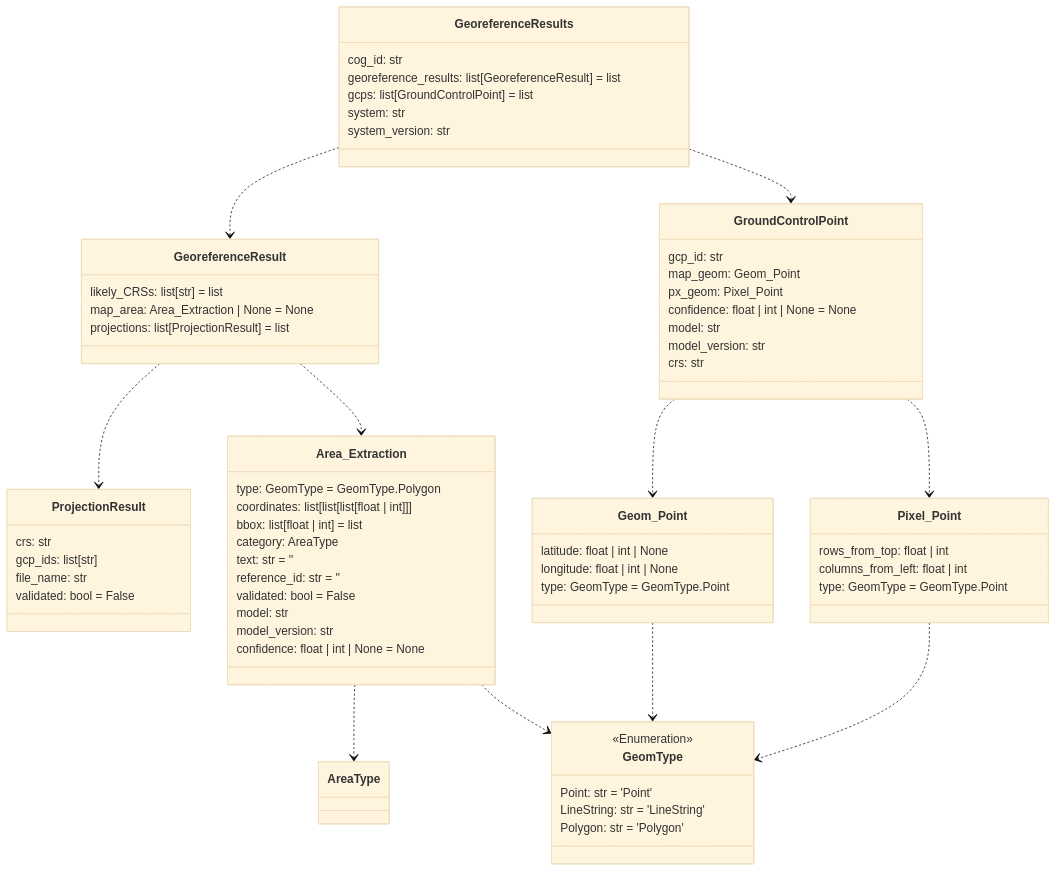
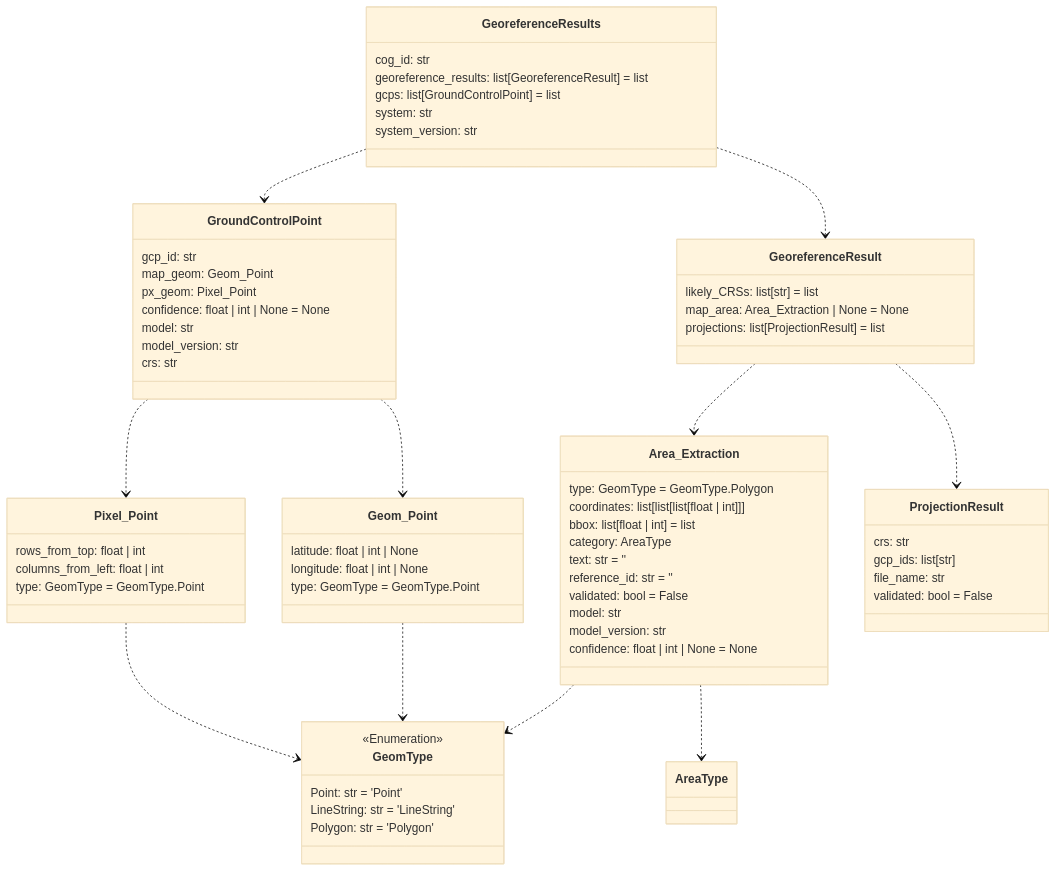
Before and after one commit to DARPA-CRITICALMAAS/cdr_schemas: the second of 14 diagrams in README.md, drawn with Mermaid (base theme). The commit also changed other lines of this file and 1 other file, not shown here.

````diff
--- a/README.md
+++ b/README.md
@@ -117,79 +117,79 @@
 ```mermaid
 classDiagram
 
-    class GeoreferenceResult {
-        likely_CRSs: list[str] = list
-        map_area: Area_Extraction | None = None
-        projections: list[ProjectionResult] = list
-    }
-
-    class GeoreferenceResults {
-        cog_id: str
-        georeference_results: list[GeoreferenceResult] = list
-        gcps: list[GroundControlPoint] = list
-        system: str
-        system_version: str
+    class Area_Extraction {
+        type: GeomType = GeomType.Polygon
+        coordinates: list[list[list[float | int]]]
+        bbox: list[float | int] = list
+        category: AreaType
+        text: str = ''
+        reference_id: str = ''
+        validated: bool = False
+        model: str
+        model_version: str
+        confidence: float | int | None = None
     }
 
     class GroundControlPoint {
         gcp_id: str
         map_geom: Geom_Point
         px_geom: Pixel_Point
         confidence: float | int | None = None
         model: str
         model_version: str
         crs: str
+    }
+
+    class Pixel_Point {
+        rows_from_top: float | int
+        columns_from_left: float | int
+        type: GeomType = GeomType.Point
+    }
+
+    class GeoreferenceResult {
+        likely_CRSs: list[str] = list
+        map_area: Area_Extraction | None = None
+        projections: list[ProjectionResult] = list
+    }
+
+    class Geom_Point {
+        latitude: float | int | None
+        longitude: float | int | None
+        type: GeomType = GeomType.Point
     }
 
     class ProjectionResult {
         crs: str
         gcp_ids: list[str]
         file_name: str
         validated: bool = False
     }
 
     class GeomType {
         <<Enumeration>>
         Point: str = 'Point'
         LineString: str = 'LineString'
         Polygon: str = 'Polygon'
     }
 
-    class Area_Extraction {
-        type: GeomType = GeomType.Polygon
-        coordinates: list[list[list[float | int]]]
-        bbox: list[float | int] = list
-        category: AreaType
-        text: str = ''
-        reference_id: str = ''
-        validated: bool = False
-        model: str
-        model_version: str
-        confidence: float | int | None = None
-    }
-
-    class Geom_Point {
-        latitude: float | int | None
-        longitude: float | int | None
-        type: GeomType = GeomType.Point
-    }
-
-    class Pixel_Point {
-        rows_from_top: float | int
-        columns_from_left: float | int
-        type: GeomType = GeomType.Point
+    class GeoreferenceResults {
+        cog_id: str
+        georeference_results: list[GeoreferenceResult] = list
+        gcps: list[GroundControlPoint] = list
+        system: str
+        system_version: str
     }
 
     Area_Extraction ..> AreaType
     Area_Extraction ..> GeomType
     Geom_Point ..> GeomType
     Pixel_Point ..> GeomType
     GroundControlPoint ..> Geom_Point
     GroundControlPoint ..> Pixel_Point
     GeoreferenceResult ..> Area_Extraction
     GeoreferenceResult ..> ProjectionResult
+    GeoreferenceResults ..> GroundControlPoint
     GeoreferenceResults ..> GeoreferenceResult
-    GeoreferenceResults ..> GroundControlPoint
 
 
 ```
````
